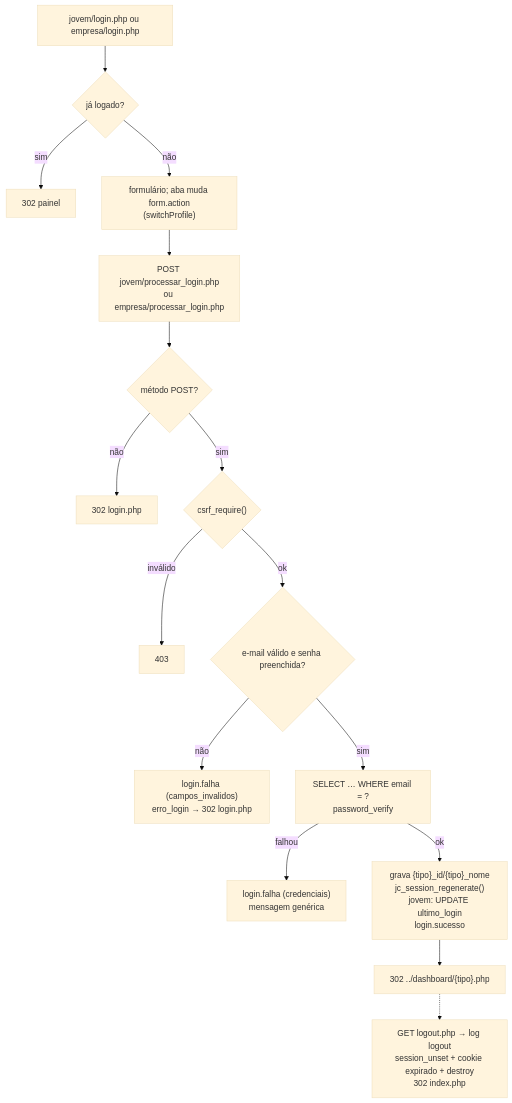
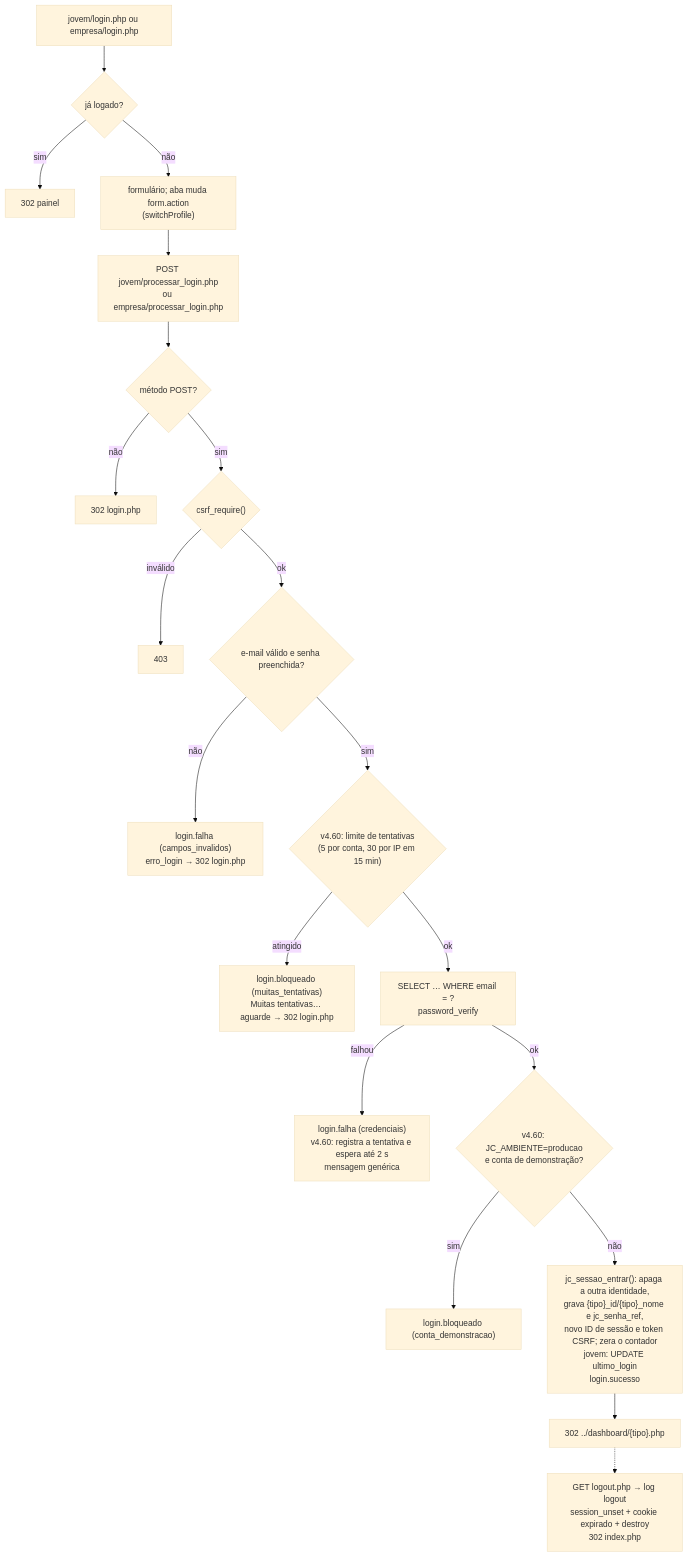
One commit to KingTedious/AESTUS changed the sixth of 23 diagrams in docs/FLUXOS_E_FLUXOGRAMAS.md. Above: the diagram before and after it, drawn with Mermaid (base theme). The commit also changed other lines of this file and 86 other files, not shown here.

````diff
--- a/docs/FLUXOS_E_FLUXOGRAMAS.md
+++ b/docs/FLUXOS_E_FLUXOGRAMAS.md
@@ -205,18 +205,22 @@
 ```mermaid
 flowchart TD
     A["jovem/login.php ou empresa/login.php"] --> L{"já logado?"}
     L -- "sim" --> P["302 painel"]
     L -- "não" --> F["formulário; aba muda form.action<br/>(switchProfile)"]
     F --> POST["POST jovem/processar_login.php<br/>ou empresa/processar_login.php"]
     POST --> M{"método POST?"}
     M -- "não" --> BK["302 login.php"]
     M -- "sim" --> C{"csrf_require()"}
     C -- "inválido" --> E403["403"]
     C -- "ok" --> V{"e-mail válido e senha preenchida?"}
     V -- "não" --> FAIL["login.falha (campos_invalidos)<br/>erro_login → 302 login.php"]
-    V -- "sim" --> Q["SELECT … WHERE email = ?<br/>password_verify"]
-    Q -- "falhou" --> FAIL2["login.falha (credenciais)<br/>mensagem genérica"]
-    Q -- "ok" --> OK["grava {tipo}_id/{tipo}_nome<br/>jc_session_regenerate()<br/>jovem: UPDATE ultimo_login<br/>login.sucesso"]
+    V -- "sim" --> LIM{"v4.60: limite de tentativas<br/>(5 por conta, 30 por IP em 15 min)"}
+    LIM -- "atingido" --> BLQ["login.bloqueado (muitas_tentativas)<br/>Muitas tentativas… aguarde → 302 login.php"]
+    LIM -- "ok" --> Q["SELECT … WHERE email = ?<br/>password_verify"]
+    Q -- "falhou" --> FAIL2["login.falha (credenciais)<br/>v4.60: registra a tentativa e espera até 2 s<br/>mensagem genérica"]
+    Q -- "ok" --> DEMO{"v4.60: JC_AMBIENTE=producao<br/>e conta de demonstração?"}
+    DEMO -- "sim" --> BLQ2["login.bloqueado (conta_demonstracao)"]
+    DEMO -- "não" --> OK["jc_sessao_entrar(): apaga a outra identidade,<br/>grava {tipo}_id/{tipo}_nome e jc_senha_ref,<br/>novo ID de sessão e token CSRF; zera o contador<br/>jovem: UPDATE ultimo_login<br/>login.sucesso"]
     OK --> D["302 ../dashboard/{tipo}.php"]
     D -.-> SAIR["GET logout.php → log logout<br/>session_unset + cookie expirado + destroy<br/>302 index.php"]
 ```
````
